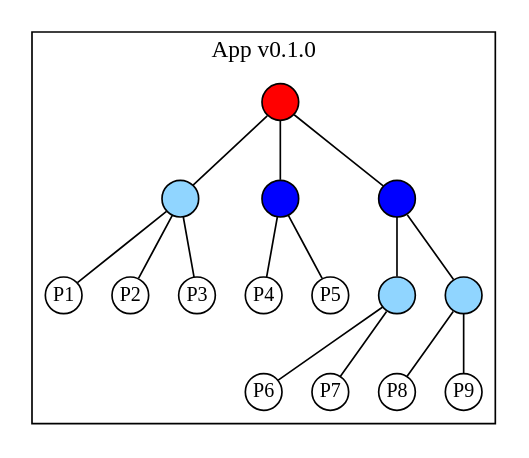
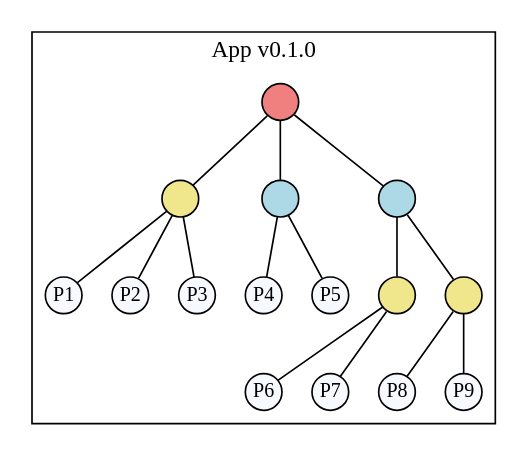
Before and after one commit to dont-rely-on-nulls/gambiconf-2025: diagram 15 of 18 in presentation.org, drawn with Graphviz. The commit also changed other lines of this file and 19 other files, not shown here.

```diff
--- a/presentation.org
+++ b/presentation.org
@@ -777,62 +777,62 @@
 #+BEGIN_SRC dot :file ./img/erlang_release.png :cmdline -Kdot -Tpng :exports results
 graph Release {
   ratio=fill
   splines=spline
   overlap=scale
   
   subgraph cluster_release {
     label="App v0.1.0"
     
     node [
       label="", 
       xlabel="",
       shape=circle,
       fixedsize=true,
       width=0.3,
       color="black",
-      fillcolor="white",
+      fillcolor="ghostwhite",
       style="filled,solid",
       fontsize=12
     ]
     
-    app [pos="1,1", fillcolor="red"]
-    sup1 [pos="1,1", fillcolor="#90D5FF"]
-    sup2 [pos="1,2", fillcolor="blue"]
-    sup3 [pos="1,3", fillcolor="blue"]
-    sup4 [pos="1,4", fillcolor="#90D5FF"]
-    sup5 [pos="1,5", fillcolor="#90D5FF"]
+    app [pos="1,1", fillcolor="lightcoral"]
+    sup1 [pos="1,1", fillcolor="khaki"]
+    sup2 [pos="1,2", fillcolor="lightblue"]
+    sup3 [pos="1,3", fillcolor="lightblue"]
+    sup4 [pos="1,4", fillcolor="khaki"]
+    sup5 [pos="1,5", fillcolor="khaki"]
 
     w1 [label="P1", pos="0,0"]
     w2 [label="P2", pos="0,1"]
     w3 [label="P3", pos="0,2"]
 
     w4 [label="P4", pos="0,3"]
     w5 [label="P5", pos="0,4"]
 
     w6 [label="P6", pos="0,5"]
     w7 [label="P7", pos="0,6"]
 
     w8 [label="P8", pos="0,7"]
     w9 [label="P9", pos="0,8"]
     
     app -- sup1
     app -- sup2
     app -- sup3
     sup1 -- w1
     sup1 -- w2
     sup1 -- w3
 
     sup2 -- w4
     sup2 -- w5
 
     sup3 -- sup4
     sup3 -- sup5
 
     sup4 -- w6
     sup4 -- w7
 
     sup5 -- w8
     sup5 -- w9
   }
 }
 #+END_SRC
```
